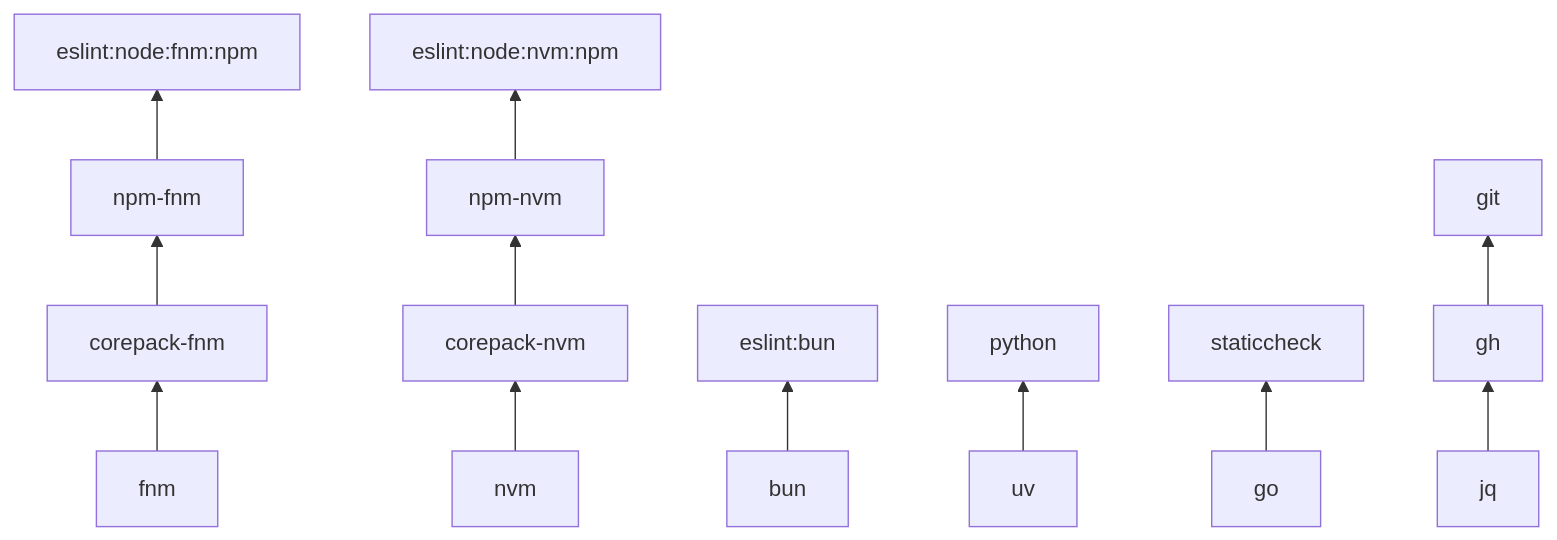
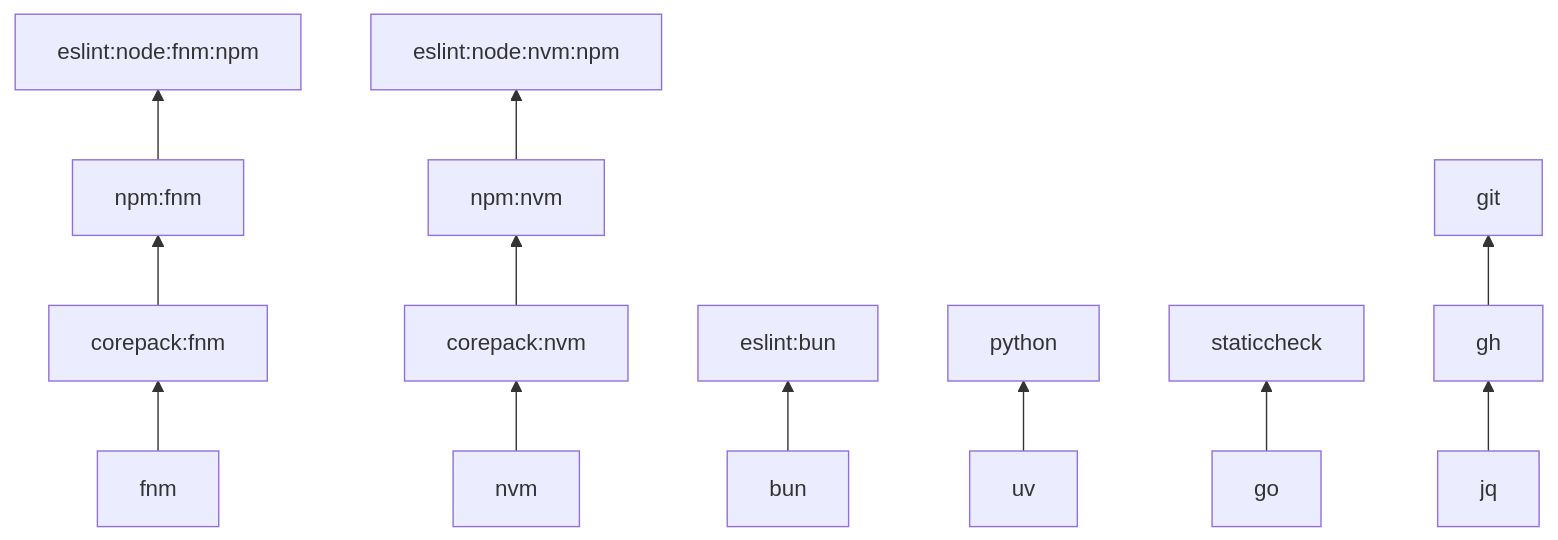
Before and after one commit to task-otter/store: the diagram in README.md, drawn with Mermaid. The commit also changed other lines of this file and 156 other files, not shown here.

````diff
--- a/README.md
+++ b/README.md
@@ -68,17 +76,17 @@
 ```mermaid
 flowchart BT
-  fnm --> corepack_fnm["corepack-fnm"]
-  corepack_fnm --> npm_fnm["npm-fnm"]
+  fnm --> corepack_fnm["corepack:fnm"]
+  corepack_fnm --> npm_fnm["npm:fnm"]
   npm_fnm --> eslint_fnm_npm["eslint:node:fnm:npm"]
 
-  nvm --> corepack_nvm["corepack-nvm"]
-  corepack_nvm --> npm_nvm["npm-nvm"]
+  nvm --> corepack_nvm["corepack:nvm"]
+  corepack_nvm --> npm_nvm["npm:nvm"]
   npm_nvm --> eslint_nvm_npm["eslint:node:nvm:npm"]
 
   bun --> eslint_bun["eslint:bun"]
 
   uv --> python
   go --> staticcheck
   jq --> gh
   gh --> git
 ```
````
